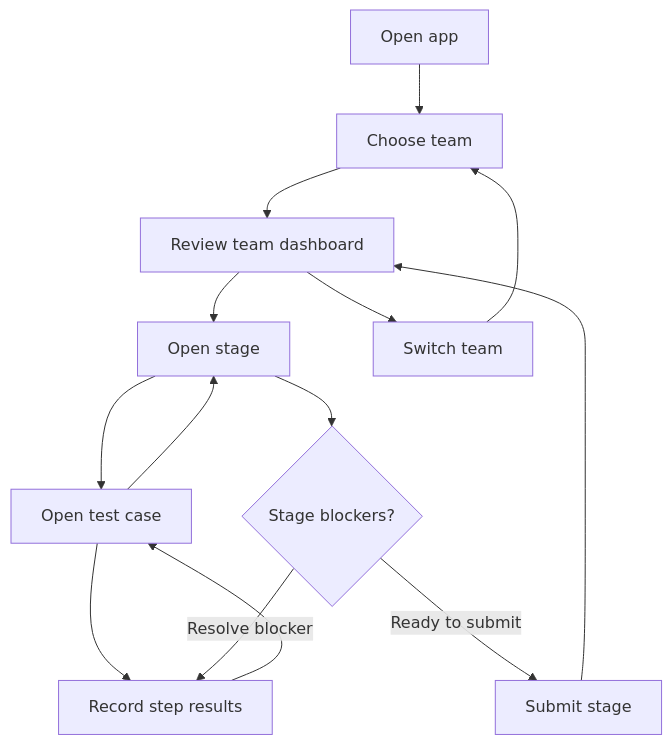
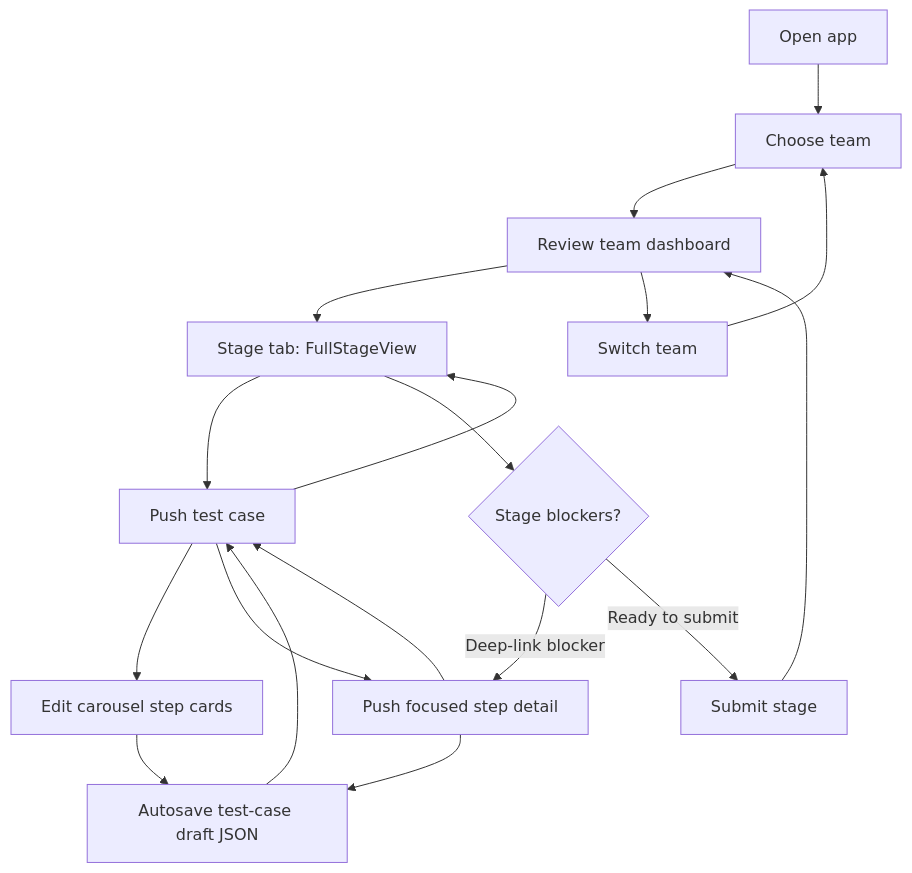
Before and after one commit to diegomhamilton/fsae-competition-app: the diagram in docs/system-map.md, drawn with Mermaid. The commit also changed other lines of this file and 9 other files, not shown here.

````diff
--- a/docs/system-map.md
+++ b/docs/system-map.md
@@ -59,16 +64,20 @@
 ```mermaid
 flowchart TD
     Launch["Open app"] --> Sessions["Choose team"]
     Sessions --> Dashboard["Review team dashboard"]
-    Dashboard --> Stage["Open stage"]
-    Stage --> Case["Open test case"]
-    Case --> Step["Record step results"]
-    Step --> Case
+    Dashboard --> Stage["Stage tab: FullStageView"]
+    Stage --> Case["Push test case"]
+    Case --> Inline["Edit carousel step cards"]
+    Case --> Detail["Push focused step detail"]
+    Inline --> Draft["Autosave test-case draft JSON"]
+    Detail --> Draft
+    Draft --> Case
+    Detail --> Case
     Case --> Stage
     Stage --> Blockers{"Stage blockers?"}
-    Blockers -->|"Resolve blocker"| Step
+    Blockers -->|"Deep-link blocker"| Detail
     Blockers -->|"Ready to submit"| Submit["Submit stage"]
     Submit --> Dashboard
     Dashboard --> Switch["Switch team"]
     Switch --> Sessions
 ```
````
